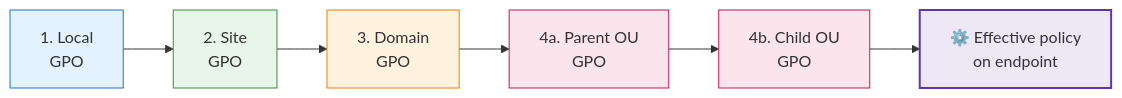
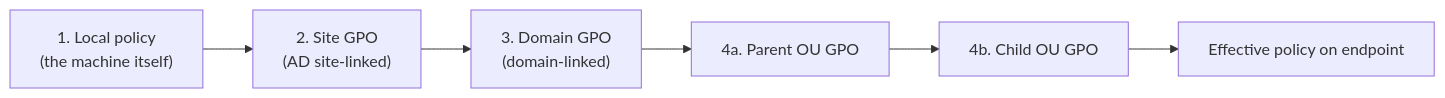
One commit to farzaliyevemil/infoseclessons changed the first of 2 diagrams in docs/servers/group-policy.md. Above: the diagram before and after it, drawn with Mermaid. The commit also changed other lines of this file and 1 other file, not shown here.

First line of the commit message:
Rewrite Group Policy lesson with full lab scenario

````diff
--- a/docs/servers/group-policy.md
+++ b/docs/servers/group-policy.md
@@ -44,14 +64,8 @@
 ```mermaid
 flowchart LR
-    L["1. Local<br/>GPO"] --> S["2. Site<br/>GPO"]
-    S --> D["3. Domain<br/>GPO"]
-    D --> O1["4a. Parent OU<br/>GPO"]
-    O1 --> O2["4b. Child OU<br/>GPO"]
-    O2 --> R["⚙️ Effective policy<br/>on endpoint"]
-    style L fill:#e3f2fd,stroke:#1976d2
-    style S fill:#e8f5e9,stroke:#388e3c
-    style D fill:#fff3e0,stroke:#f57c00
-    style O1 fill:#fce4ec,stroke:#c2185b
-    style O2 fill:#fce4ec,stroke:#c2185b
-    style R fill:#ede7f6,stroke:#5e35b1,stroke-width:2px
+    L["1. Local policy<br/>(the machine itself)"] --> S["2. Site GPO<br/>(AD site-linked)"]
+    S --> D["3. Domain GPO<br/>(domain-linked)"]
+    D --> O1["4a. Parent OU GPO"]
+    O1 --> O2["4b. Child OU GPO"]
+    O2 --> R["Effective policy on endpoint"]
 ```
````
